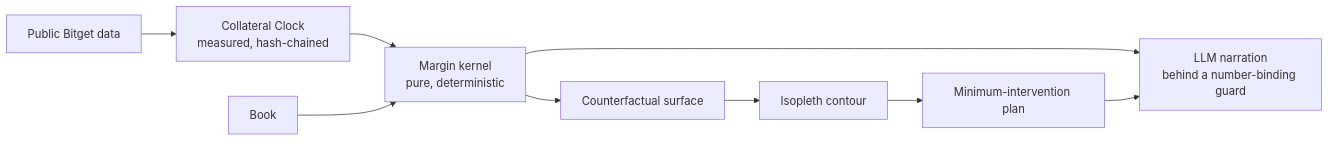
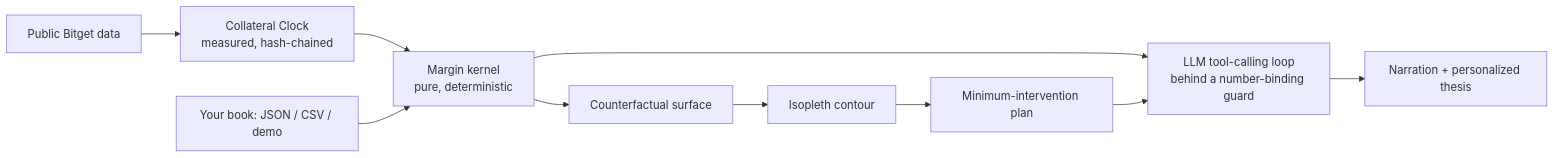
The first of 2 diagrams in README.md (0xkinno/isopleth), drawn with Mermaid before and after one commit. The commit also changed other lines of this file and 11 other files, not shown here.

````diff
--- a/README.md
+++ b/README.md
@@ -47,11 +73,12 @@
 ```mermaid
 flowchart LR
   A[Public Bitget data] --> B[Collateral Clock<br/>measured, hash-chained]
   B --> C[Margin kernel<br/>pure, deterministic]
-  D[Book] --> C
+  D[Your book: JSON / CSV / demo] --> C
   C --> E[Counterfactual surface]
   E --> F[Isopleth contour]
   F --> G[Minimum-intervention plan]
-  C --> H[LLM narration<br/>behind a number-binding guard]
+  C --> H[LLM tool-calling loop<br/>behind a number-binding guard]
   G --> H
+  H --> I["Narration + personalized thesis"]
 ```
````
